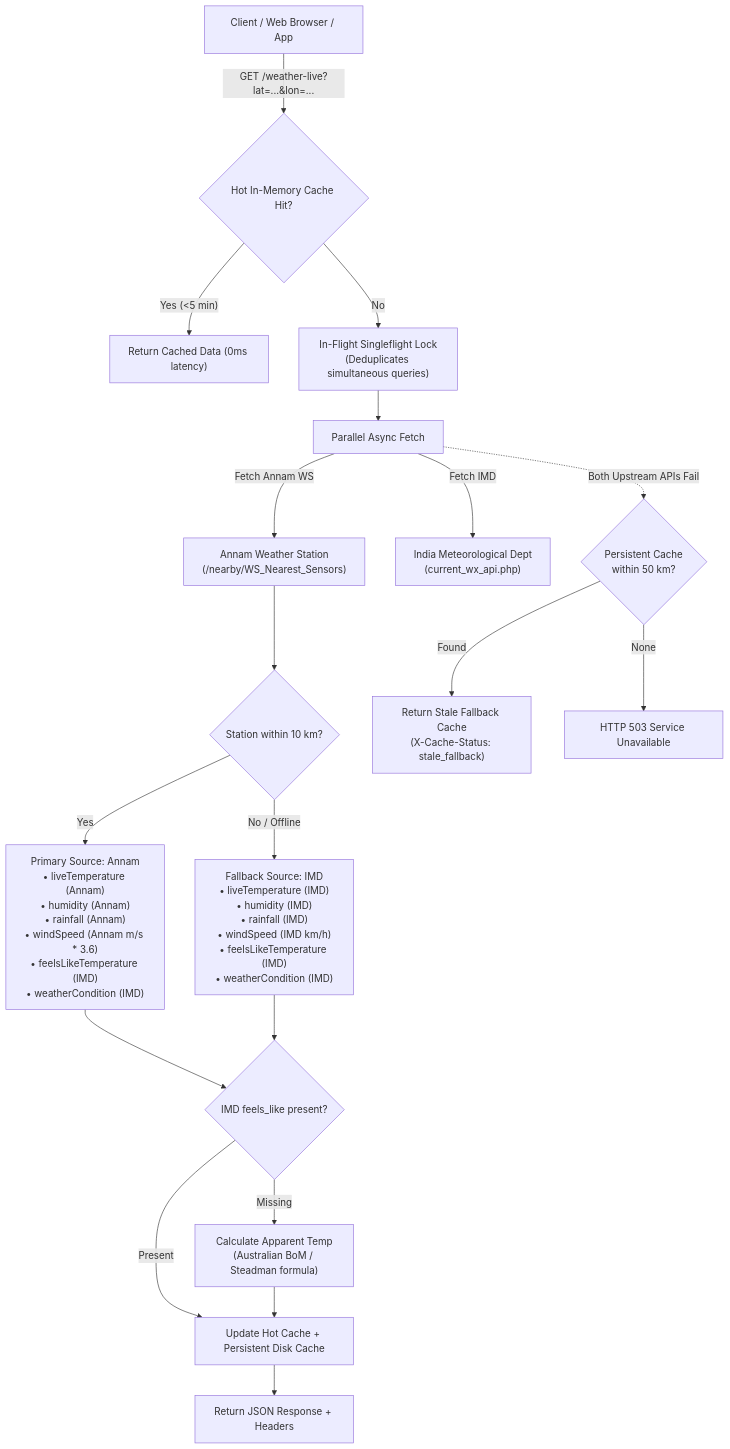
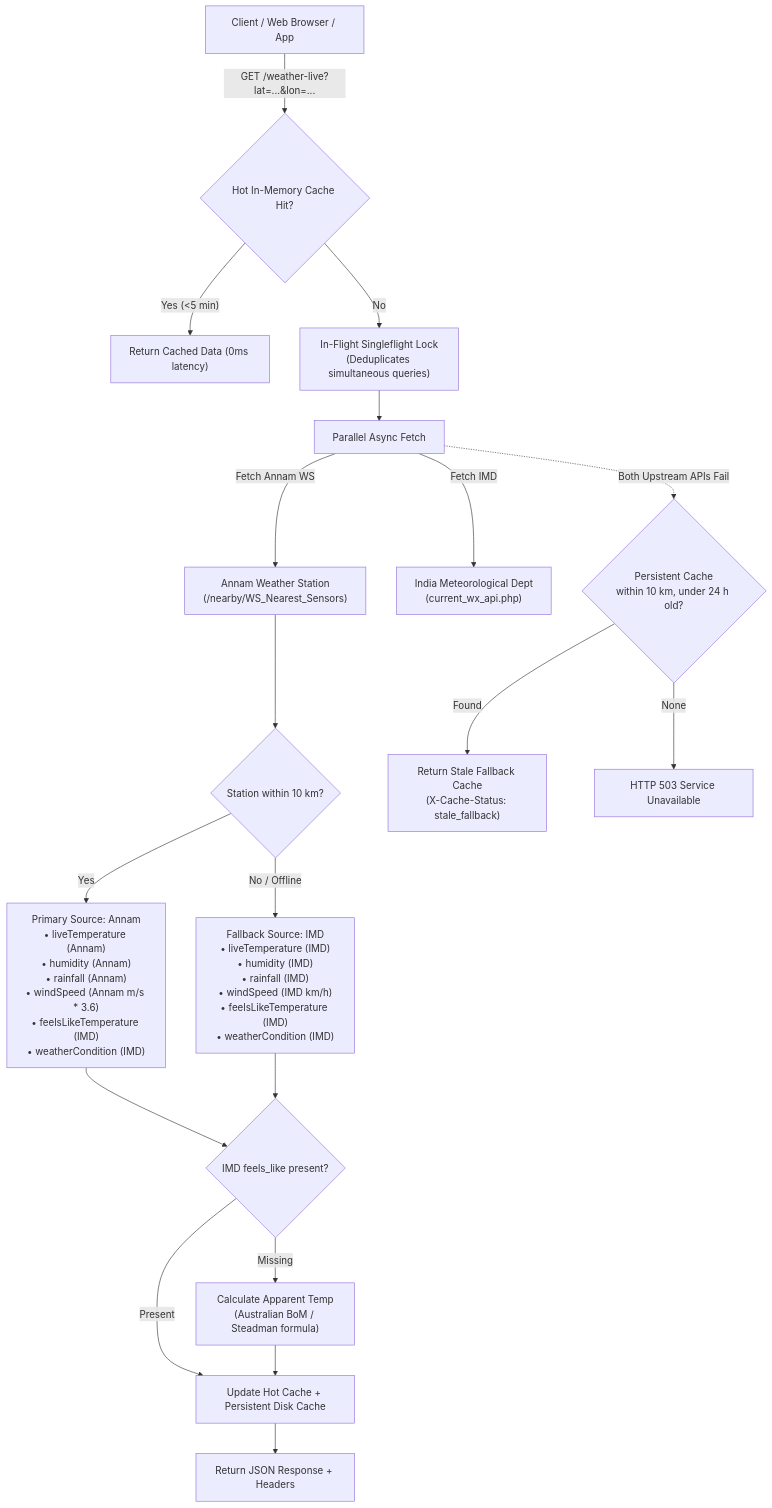
The diagram in apis/weather_apis/README.md (vicharanashala/ajrasakha), drawn with Mermaid before and after one commit. The commit also changed other lines of this file and 5 other files, not shown here.

````diff
--- a/apis/weather_apis/README.md
+++ b/apis/weather_apis/README.md
@@ -30,29 +30,29 @@
 ```mermaid
 flowchart TD
     Client["Client / Web Browser / App"] -->|"GET /weather-live?lat=...&lon=..."| CacheCheck{"Hot In-Memory Cache Hit?"}
     
     CacheCheck -- "Yes (<5 min)" --> ReturnCache["Return Cached Data (0ms latency)"]
     CacheCheck -- "No" --> InFlightLock["In-Flight Singleflight Lock\n(Deduplicates simultaneous queries)"]
     
     InFlightLock --> ParallelFetch["Parallel Async Fetch"]
     ParallelFetch -->|"Fetch Annam WS"| AnnamAPI["Annam Weather Station\n(/nearby/WS_Nearest_Sensors)"]
     ParallelFetch -->|"Fetch IMD"| ImdAPI["India Meteorological Dept\n(current_wx_api.php)"]
     
     AnnamAPI --> AnnamCheck{"Station within 10 km?"}
     
     AnnamCheck -- "Yes" --> CombineAnnam["Primary Source: Annam\n• liveTemperature (Annam)\n• humidity (Annam)\n• rainfall (Annam)\n• windSpeed (Annam m/s * 3.6)\n• feelsLikeTemperature (IMD)\n• weatherCondition (IMD)"]
     AnnamCheck -- "No / Offline" --> CombineIMD["Fallback Source: IMD\n• liveTemperature (IMD)\n• humidity (IMD)\n• rainfall (IMD)\n• windSpeed (IMD km/h)\n• feelsLikeTemperature (IMD)\n• weatherCondition (IMD)"]
     
     CombineAnnam --> ApparentCheck{"IMD feels_like present?"}
     CombineIMD --> ApparentCheck
     
     ApparentCheck -- "Missing" --> CalcApparent["Calculate Apparent Temp\n(Australian BoM / Steadman formula)"]
     ApparentCheck -- "Present" --> SaveCache["Update Hot Cache + Persistent Disk Cache"]
     CalcApparent --> SaveCache
     
     SaveCache --> ReturnResponse["Return JSON Response + Headers"]
     
-    ParallelFetch -. "Both Upstream APIs Fail" .-> FallbackStore{"Persistent Cache\nwithin 50 km?"}
+    ParallelFetch -. "Both Upstream APIs Fail" .-> FallbackStore{"Persistent Cache\nwithin 10 km, under 24 h old?"}
     FallbackStore -- "Found" --> StaleReturn["Return Stale Fallback Cache\n(X-Cache-Status: stale_fallback)"]
     FallbackStore -- "None" --> Error503["HTTP 503 Service Unavailable"]
 ```
````
